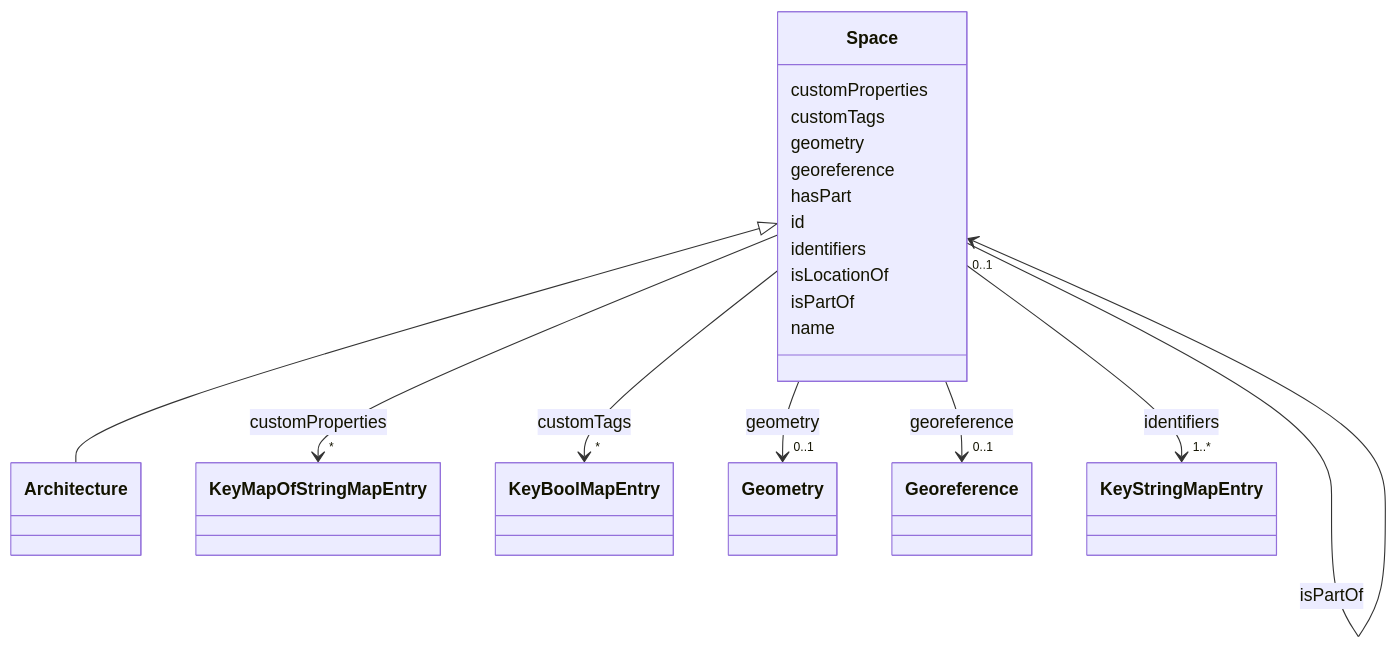
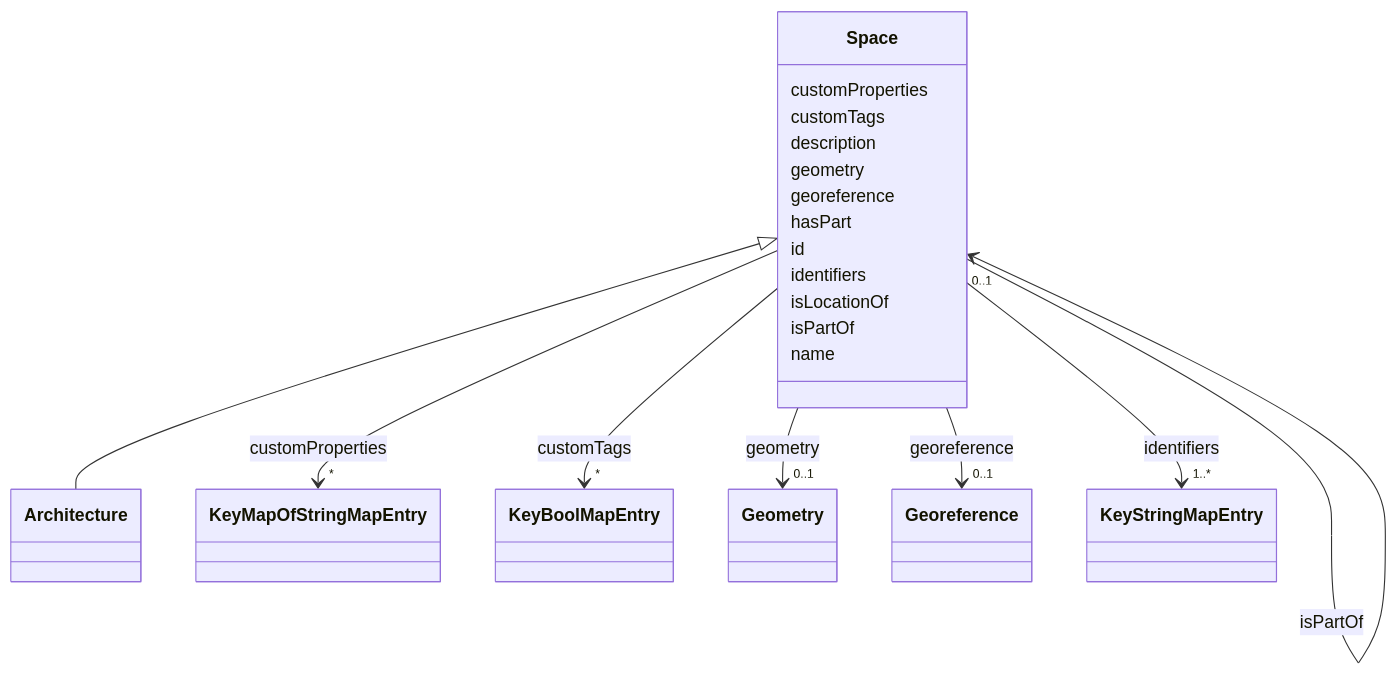
Before and after one commit to takashikasuya/smartbuiding_ontology: the diagram in docs/Space.md, drawn with Mermaid. The commit also changed other lines of this file and 81 other files, not shown here.

Commit message:
LinkMLスキーマ更新に伴う生成物・ドキュメント更新、およびサンプル追加（2026-01-07） - schema/building_model.yaml 更新 - output: OWL/SHACL/JSON Schema 再生成 - docs: LinkMLドキュメント再生成 - Makefile/README 更新 - sample/ 追加 - reports/change-report-2026-01-07.md 追加

```diff
--- a/docs/Space.md
+++ b/docs/Space.md
@@ -43,6 +43,8 @@
         click KeyBoolMapEntry href "../KeyBoolMapEntry/"
     
 
+        
+      Space : description
         
       Space : geometry
         
```
